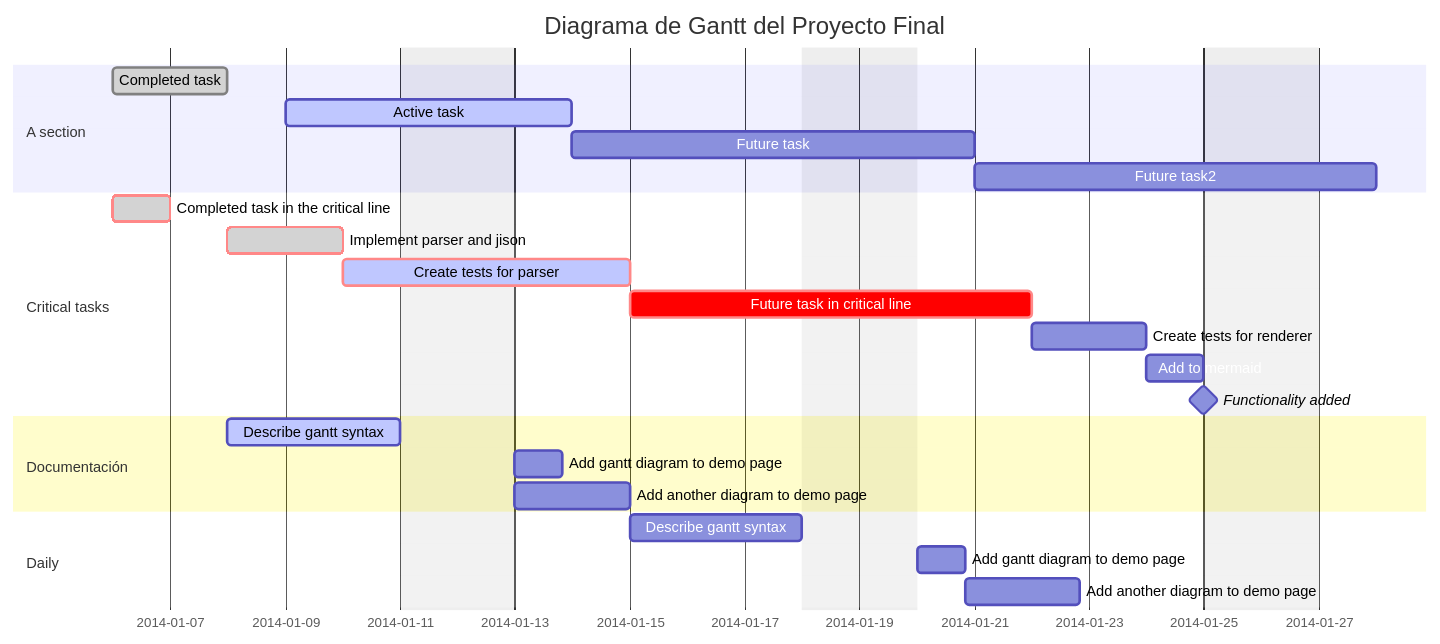
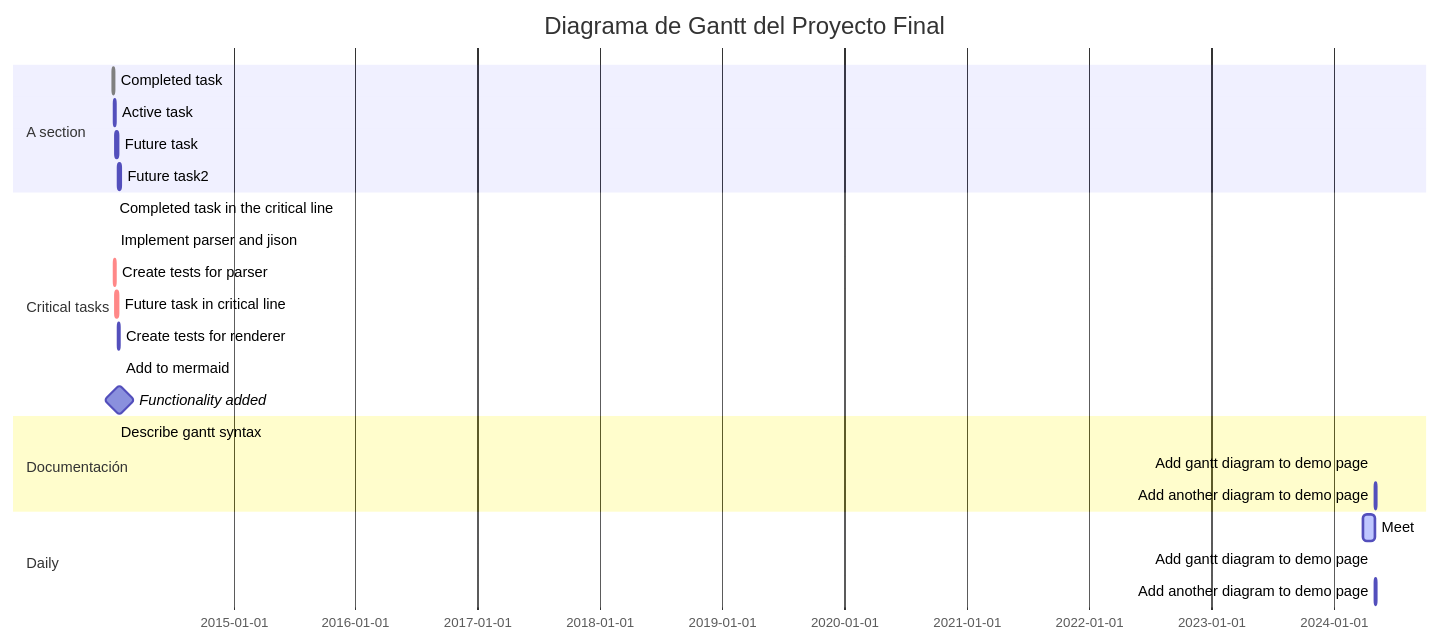
One commit to Beth-94/testmermaid changed the diagram in README.md. Above: the diagram before and after it, drawn with Mermaid.

````diff
--- a/README.md
+++ b/README.md
@@ -8,33 +8,33 @@
 ```mermaid
 gantt
     dateFormat  YYYY-MM-DD
     title       Diagrama de Gantt del Proyecto Final
     excludes    weekends
     %% (`excludes` accepts specific dates in YYYY-MM-DD format, days of the week ("sunday") or "weekends", but not the word "weekdays".)
 
     section A section
     Completed task            :done,    des1, 2014-01-06,2014-01-08
     Active task               :active,  des2, 2014-01-09, 3d
     Future task               :         des3, after des2, 5d
     Future task2              :         des4, after des3, 5d
 
     section Critical tasks
     Completed task in the critical line :crit, done, 2014-01-06,24h
     Implement parser and jison          :crit, done, after des1, 2d
     Create tests for parser             :crit, active, 3d
     Future task in critical line        :crit, 5d
     Create tests for renderer           :2d
     Add to mermaid                      :until isadded
     Functionality added                 :milestone, isadded, 2014-01-25, 0d
 
     section Documentación
     Describe gantt syntax               :active, a1, after des1, 3d
     Add gantt diagram to demo page      :after a1  , 20h
     Add another diagram to demo page    :doc1, after a1  , 48h
 
     section Daily
-    Describe gantt syntax               :after doc1, 3d
+    Meet               :active, a1, 2024-04-01, 25d
     Add gantt diagram to demo page      :20h
     Add another diagram to demo page    :48h
 
 ```
````
